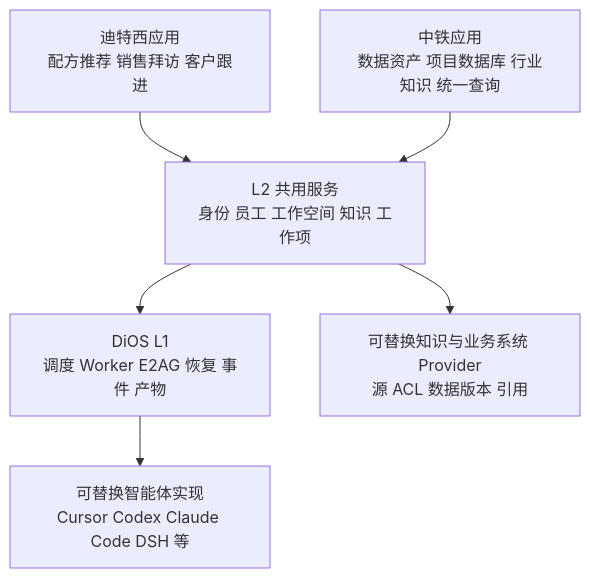
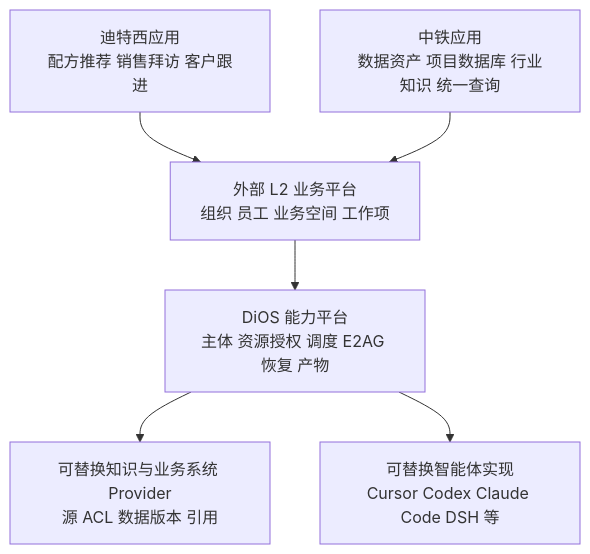
Before and after one commit to HQIT/DiOS: the diagram in docs/planning/customer-platform-gap-20261123.md, drawn with Mermaid. The commit also changed other lines of this file and 37 other files, not shown here.

````diff
--- a/docs/planning/customer-platform-gap-20261123.md
+++ b/docs/planning/customer-platform-gap-20261123.md
@@ -17,14 +26,14 @@
 ```mermaid
 flowchart TB
   D[迪特西应用
-配方推荐 销售拜访 客户跟进] --> S[L2 共用服务
-身份 员工 工作空间 知识 工作项]
+配方推荐 销售拜访 客户跟进] --> S[外部 L2 业务平台
+组织 员工 业务空间 工作项]
   Z[中铁应用
 数据资产 项目数据库 行业知识 统一查询] --> S
-  S --> O[DiOS L1
-调度 Worker E2AG 恢复 事件 产物]
-  S --> K[可替换知识与业务系统 Provider
+  S --> O[DiOS 能力平台
+主体 资源授权 调度 E2AG 恢复 产物]
+  O --> K[可替换知识与业务系统 Provider
 源 ACL 数据版本 引用]
   O --> A[可替换智能体实现
 Cursor Codex Claude Code DSH 等]
 ```
````
